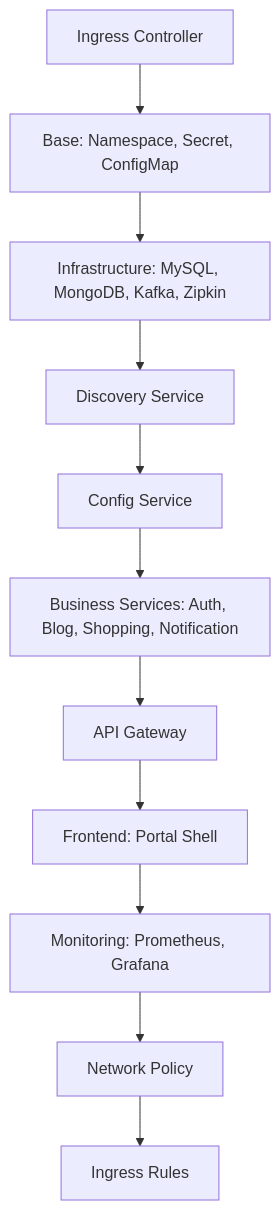
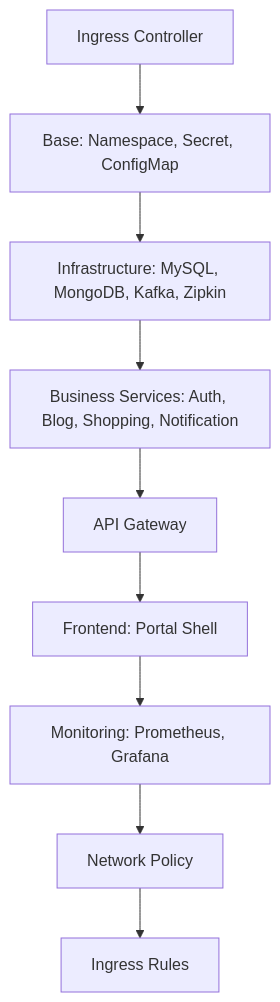
Before and after one commit to L-a-z-e/portal-universe: the diagram in k8s/docs/deployment-guide.md, drawn with Mermaid. The commit also changed other lines of this file and 6 other files, not shown here.

First line of the commit message:
docs: update documentation for config/discovery service removal

````diff
--- a/k8s/docs/deployment-guide.md
+++ b/k8s/docs/deployment-guide.md
@@ -407,13 +386,11 @@
 ```mermaid
 graph TD
     A[Ingress Controller] --> B[Base: Namespace, Secret, ConfigMap]
     B --> C[Infrastructure: MySQL, MongoDB, Kafka, Zipkin]
-    C --> D[Discovery Service]
-    D --> E[Config Service]
-    E --> F[Business Services: Auth, Blog, Shopping, Notification]
+    C --> F[Business Services: Auth, Blog, Shopping, Notification]
     F --> G[API Gateway]
     G --> H[Frontend: Portal Shell]
     H --> I[Monitoring: Prometheus, Grafana]
     I --> J[Network Policy]
     J --> K[Ingress Rules]
 ```
````
